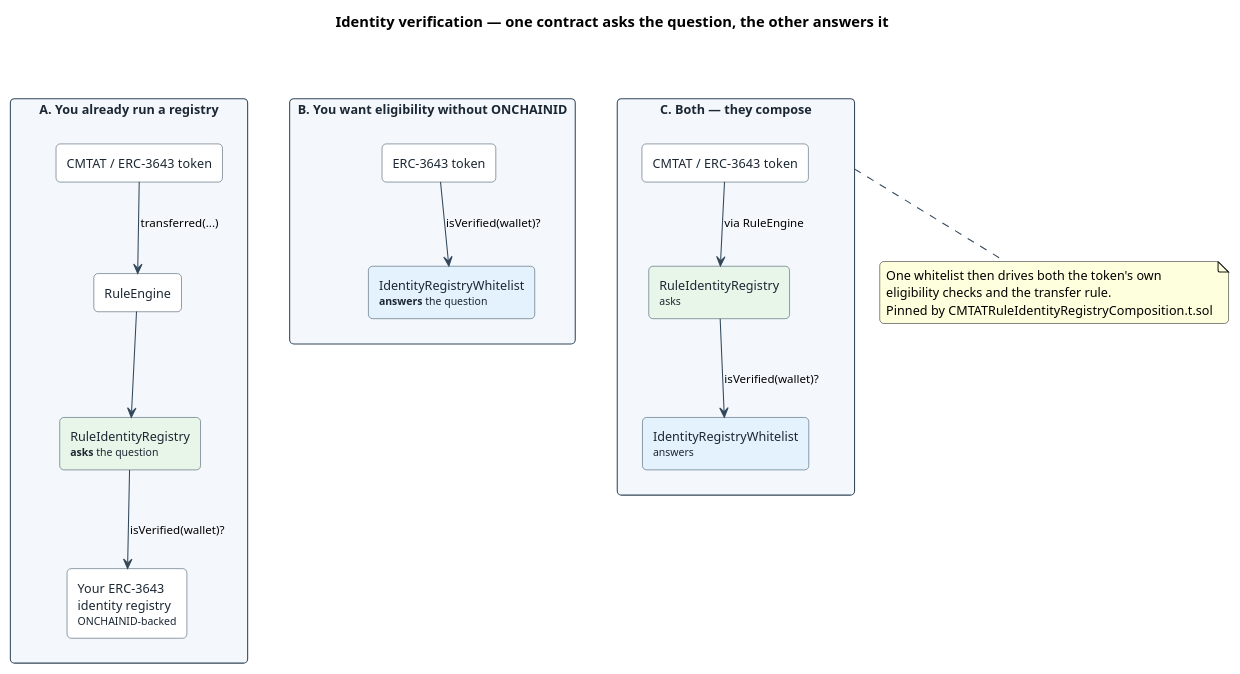
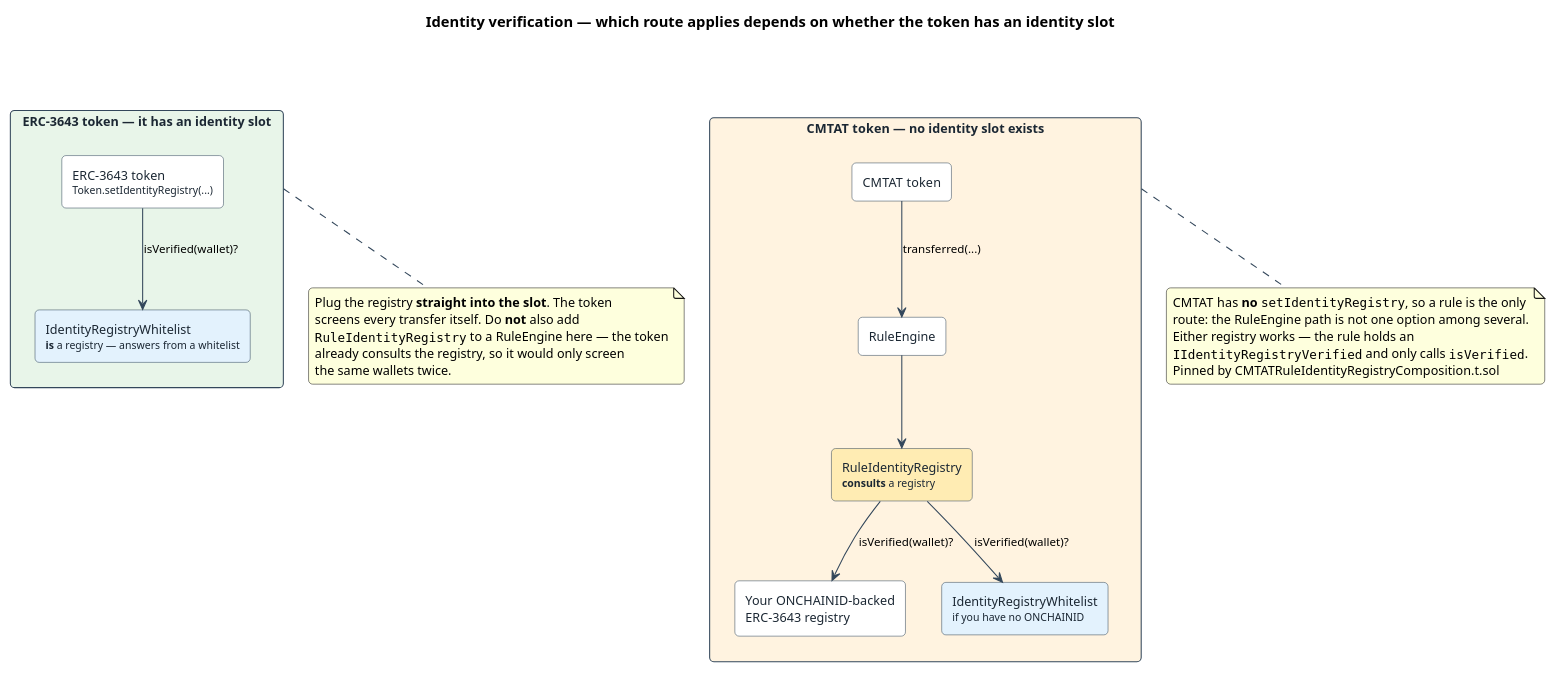
The diagram in doc/schema/erc3643-identity-directions.puml (backupees/Rules), drawn with PlantUML before and after one commit. The commit also changed 2 other files, not shown here.

Commit message:
docs: correct the identity-verification diagram and prose — the rule route applies to CMTAT, which has no identity slot, not to ERC-3643

```diff
--- a/doc/schema/erc3643-identity-directions.puml
+++ b/doc/schema/erc3643-identity-directions.puml
@@ -1,54 +1,56 @@
 @startuml
 ' Source for doc/schema/erc3643-identity-directions.png, embedded in the root README.
 ' Render with:  plantuml -tpng doc/schema/erc3643-identity-directions.puml
-title Identity verification — one contract asks the question, the other answers it
+title Identity verification — which route applies depends on whether the token has an identity slot
 
 skinparam backgroundColor transparent
 skinparam shadowing false
 skinparam defaultFontName Helvetica
 skinparam defaultFontSize 12
 skinparam roundCorner 8
 skinparam ArrowColor #33475B
 skinparam ArrowFontSize 11
 skinparam rectangle {
   BorderColor #33475B
   BackgroundColor #FFFFFF
   FontColor #1B2733
 }
 
-rectangle "**A. You already run a registry**" as A #F4F8FC {
-  rectangle "CMTAT / ERC-3643 token" as tA
+rectangle "**ERC-3643 token** — it has an identity slot" as B #E8F5E9 {
+  rectangle "ERC-3643 token\n<size:10>Token.setIdentityRegistry(...)</size>" as tB
+  rectangle "IdentityRegistryWhitelist\n<size:10>**is** a registry — answers from a whitelist</size>" as regB #E3F2FD
+
+  tB -down-> regB : isVerified(wallet)?
+}
+
+rectangle "**CMTAT token** — no identity slot exists" as A #FFF3E0 {
+  rectangle "CMTAT token" as tA
   rectangle "RuleEngine" as eA
-  rectangle "RuleIdentityRegistry\n<size:10>**asks** the question</size>" as ruleA #E8F5E9
-  rectangle "Your ERC-3643\nidentity registry\n<size:10>ONCHAINID-backed</size>" as regA
+  rectangle "RuleIdentityRegistry\n<size:10>**consults** a registry</size>" as ruleA #FFECB3
+  rectangle "Your ONCHAINID-backed\nERC-3643 registry" as regA
+  rectangle "IdentityRegistryWhitelist\n<size:10>if you have no ONCHAINID</size>" as regC #E3F2FD
 
   tA -down-> eA : transferred(...)
   eA -down-> ruleA
   ruleA -down-> regA : isVerified(wallet)?
+  ruleA -down-> regC : isVerified(wallet)?
 }
 
-rectangle "**B. You want eligibility without ONCHAINID**" as B #F4F8FC {
-  rectangle "ERC-3643 token" as tB
-  rectangle "IdentityRegistryWhitelist\n<size:10>**answers** the question</size>" as regB #E3F2FD
+note bottom of B
+  Plug the registry **straight into the slot**. The token
+  screens every transfer itself. Do **not** also add
+  ""RuleIdentityRegistry"" to a RuleEngine here — the token
+  already consults the registry, so it would only screen
+  the same wallets twice.
+end note
 
-  tB -down-> regB : isVerified(wallet)?
-}
-
-rectangle "**C. Both — they compose**" as C #F4F8FC {
-  rectangle "CMTAT / ERC-3643 token" as tC
-  rectangle "RuleIdentityRegistry\n<size:10>asks</size>" as ruleC #E8F5E9
-  rectangle "IdentityRegistryWhitelist\n<size:10>answers</size>" as regC #E3F2FD
-
-  tC -down-> ruleC : via RuleEngine
-  ruleC -down-> regC : isVerified(wallet)?
-}
-
-note bottom of C
-  One whitelist then drives both the token's own
-  eligibility checks and the transfer rule.
+note bottom of A
+  CMTAT has **no** ""setIdentityRegistry"", so a rule is the only
+  route: the RuleEngine path is not one option among several.
+  Either registry works — the rule holds an
+  ""IIdentityRegistryVerified"" and only calls ""isVerified"".
   Pinned by CMTATRuleIdentityRegistryComposition.t.sol
 end note
 
-A -[hidden]right- B
-B -[hidden]right- C
+B -[hidden]right- A
 @enduml
```
